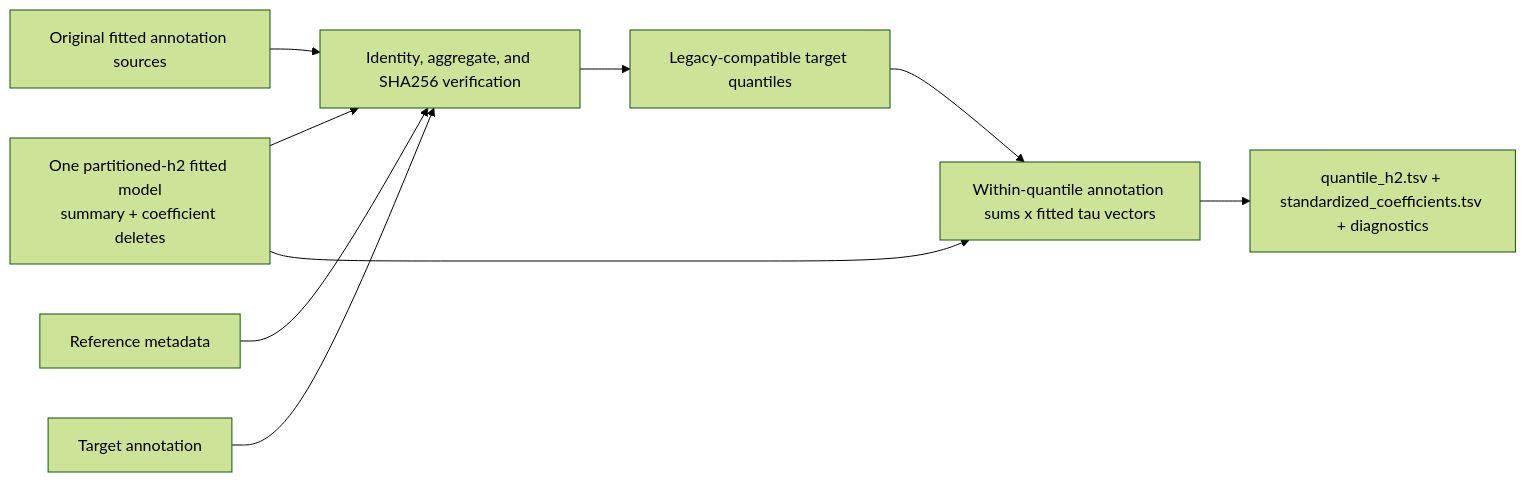
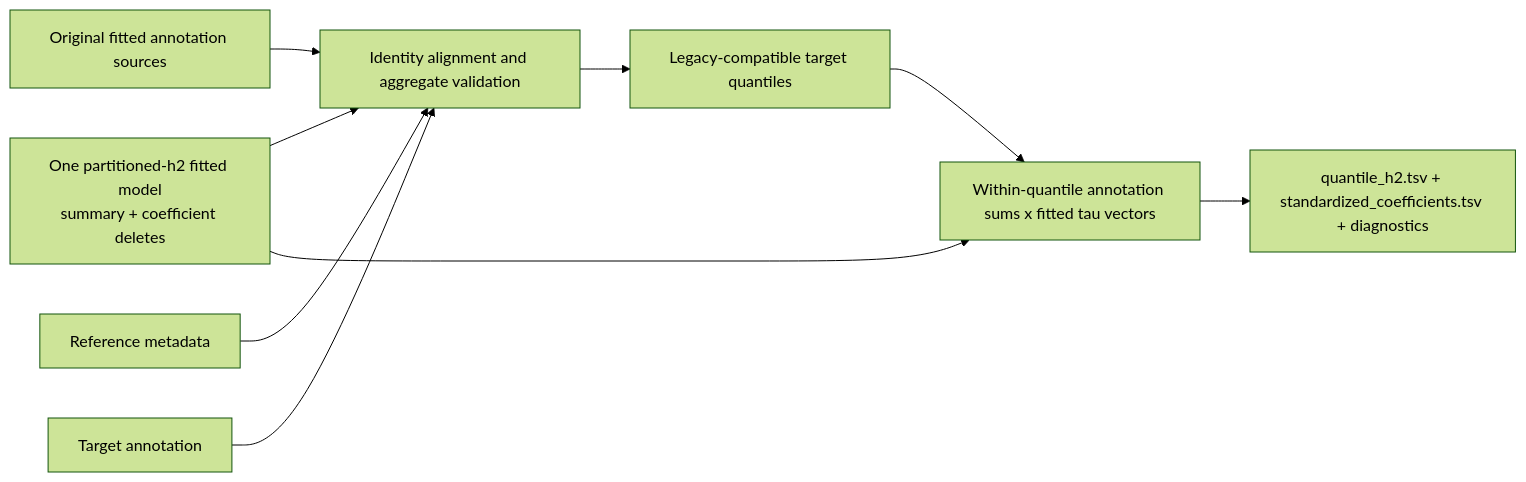
One commit to WenbinWu2001/ldsc_py3 changed the ninth of 10 diagrams in docs/current/data-flow.md. Above: the diagram before and after it, drawn with Mermaid (forest theme). The commit also changed 18 other files, not shown here.

````diff
--- a/docs/current/data-flow.md
+++ b/docs/current/data-flow.md
@@ -654,16 +654,16 @@
 ```mermaid
 flowchart LR
   M[One partitioned-h2 fitted model\nsummary + coefficient deletes]
   A[Original fitted annotation sources]
   R[Reference metadata]
   T[Target annotation]
-  V[Identity, aggregate, and SHA256 verification]
+  V[Identity alignment and aggregate validation]
   Q[Legacy-compatible target quantiles]
   P[Within-quantile annotation sums x fitted tau vectors]
   O[quantile_h2.tsv + standardized_coefficients.tsv + diagnostics]
   M --> V
   A --> V
   R --> V
   T --> V --> Q --> P --> O
   M --> P
 ```
````
